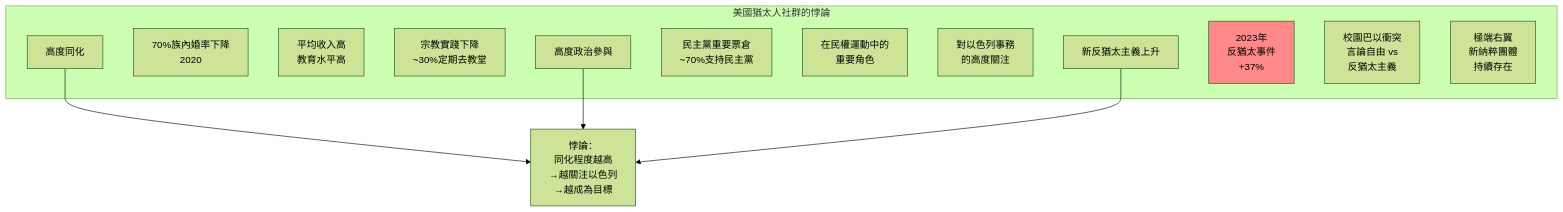
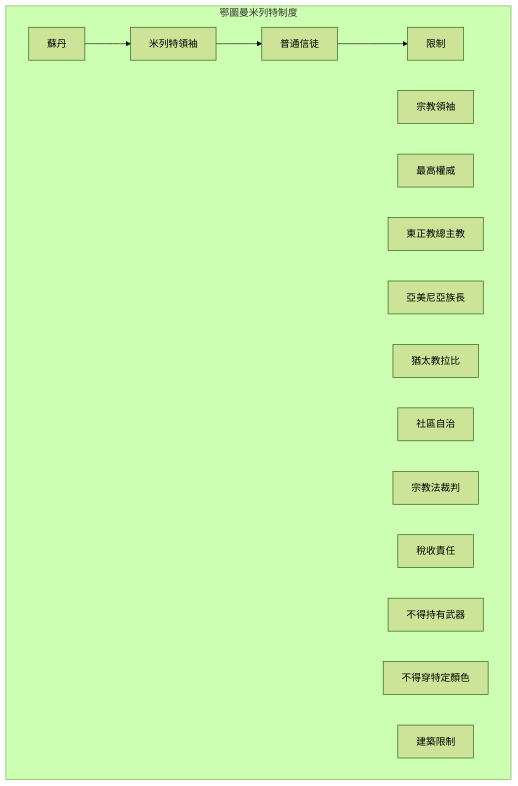
The fifth of 5 diagrams in 02_Harvard_Courses/101_Foundations/Hist32A.md (yip-lgtm/HKU-Harvard-History-Self-Study), drawn with Mermaid (forest theme) before and after one commit. The commit also changed other lines of this file and 65 other files, not shown here.

````diff
--- a/02_Harvard_Courses/101_Foundations/Hist32A.md
+++ b/02_Harvard_Courses/101_Foundations/Hist32A.md
@@ -206,27 +170,25 @@
 ```mermaid
 graph TD
-    subgraph "美國猶太人社群的悖論"
-        A["高度同化"]
-        A1["70%族內婚率下降\n2020"]
-        A2["平均收入高\n教育水平高"]
-        A3["宗教實踐下降\n~30%定期去教堂"]
+    subgraph "鄂圖曼米列特制度"
+        A["蘇丹"]
+        A1["宗教領袖"]
+        A2["最高權威"]
         
-        B["高度政治參與"]
-        B1["民主黨重要票倉\n~70%支持民主黨"]
-        B2["在民權運動中的\n重要角色"]
-        B3["對以色列事務\n的高度關注"]
+        B["米列特領袖"]
+        B1["東正教總主教"]
+        B2["亞美尼亞族長"]
+        B3["猶太教拉比"]
         
-        C["新反猶太主義上升"]
-        C1["2023年\n反猶太事件\n+37%"]
-        C2["校園巴以衝突\n言論自由 vs\n反猶太主義"]
-        C3["極端右翼\n新納粹團體\n持續存在"]
+        C["普通信徒"]
+        C1["社區自治"]
+        C2["宗教法裁判"]
+        C3["稅收責任"]
+        
+        D["限制"]
+        D1["不得持有武器"]
+        D2["不得穿特定顏色"]
+        D3["建築限制"]
     end
     
-    G["悖論：\n同化程度越高\n→越關注以色列\n→越成為目標"]
-    
-    A --> G
-    B --> G
-    C --> G
-    
-    style C1 fill:#f88
+    A --> B --> C --> D
 ```
````
